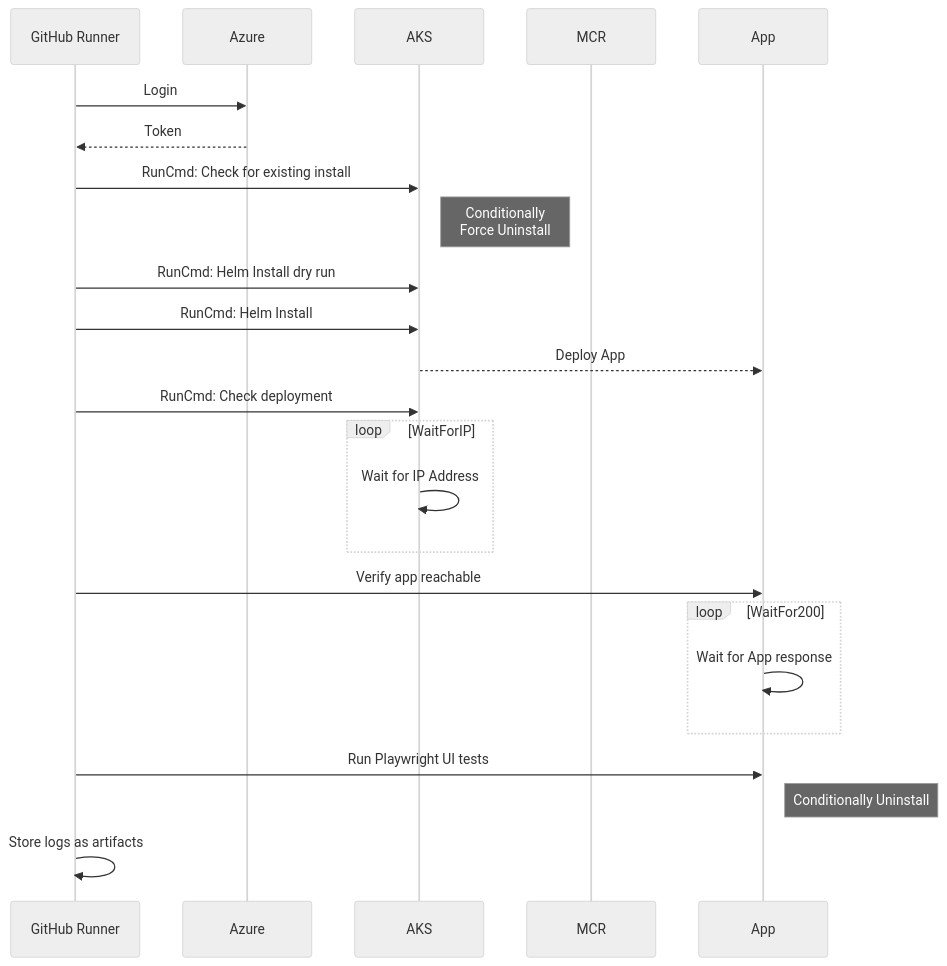
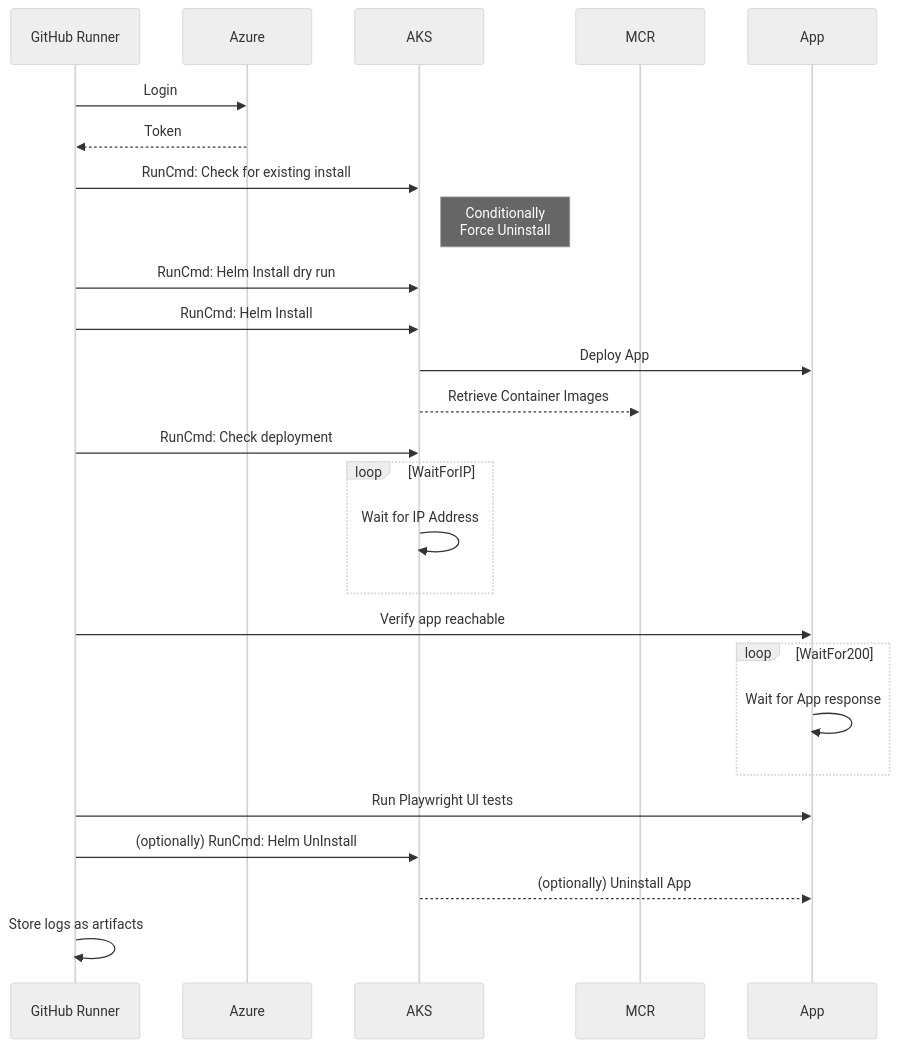
The diagram in docs/app-azurevote-helmruncmd.md (Azure/aks-baseline-automation), drawn with Mermaid before and after one commit.

Commit message:
Additional steps

````diff
--- a/docs/app-azurevote-helmruncmd.md
+++ b/docs/app-azurevote-helmruncmd.md
@@ -7,27 +7,29 @@
 ```mermaid
 %%{init: {'theme': 'neutral', 'themeVariables': {'darkMode': true}, "flowchart" : { "curve" : "basis" } } }%%
 sequenceDiagram
     participant GitHub Runner
     participant Azure
     participant AKS
     participant MCR
     participant App
     GitHub Runner->>Azure: Login
     Azure-->>GitHub Runner: Token
     GitHub Runner->>AKS: RunCmd: Check for existing install
     Note right of AKS: Conditionally<br/>Force Uninstall
     GitHub Runner->>AKS: RunCmd: Helm Install dry run
     GitHub Runner->>AKS: RunCmd: Helm Install
-    AKS-->>App: Deploy App
+    AKS->>App: Deploy App
+    AKS-->>MCR: Retrieve Container Images
     GitHub Runner->>AKS: RunCmd: Check deployment
     loop WaitForIP
         AKS->>AKS: Wait for IP Address
     end
     GitHub Runner->>App: Verify app reachable
     loop WaitFor200
         App->>App: Wait for App response
     end
     GitHub Runner->>App: Run Playwright UI tests
-    Note right of App: Conditionally Uninstall
+    GitHub Runner->>AKS: (optionally) RunCmd: Helm UnInstall
+    AKS-->>App: (optionally) Uninstall App
     GitHub Runner->>GitHub Runner: Store logs as artifacts
 ```
````
